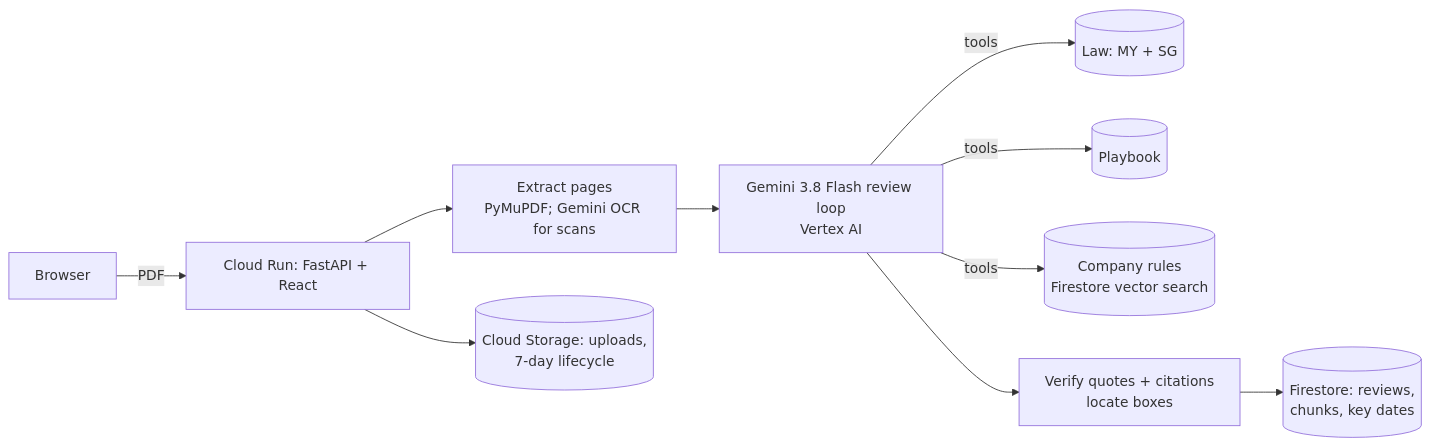
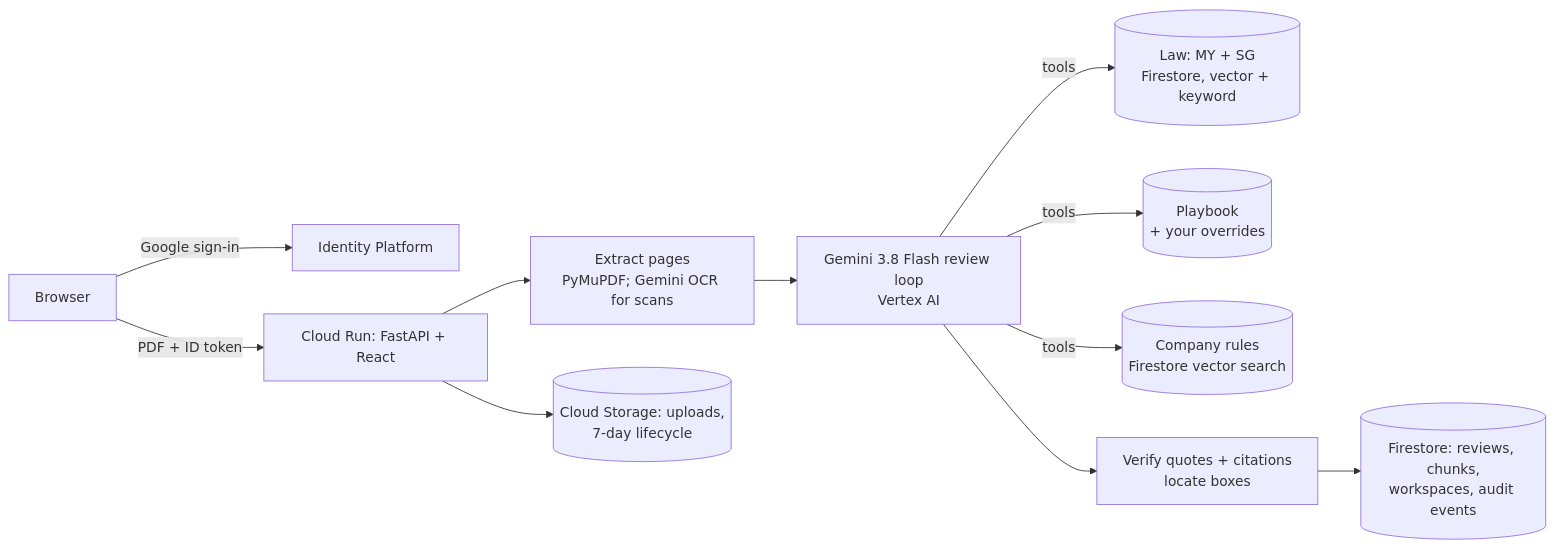
Before and after one commit to nt-codee/contract-copilot: the second of 2 diagrams in README.md, drawn with Mermaid. The commit also changed other lines of this file and 43 other files, not shown here.

Commit message:
Demo video, README and knowledge counts, Identity Platform sign-in, workspaces, knowledge store

````diff
--- a/README.md
+++ b/README.md
@@ -126,12 +148,13 @@
 ```mermaid
 flowchart LR
-  U[Browser] -->|PDF| R[Cloud Run: FastAPI + React]
+  U[Browser] -->|Google sign-in| I[Identity Platform]
+  U -->|PDF + ID token| R[Cloud Run: FastAPI + React]
   R --> X[Extract pages<br/>PyMuPDF; Gemini OCR for scans]
   X --> A[Gemini 3.8 Flash review loop<br/>Vertex AI]
-  A -->|tools| L[(Law: MY + SG)]
-  A -->|tools| P[(Playbook)]
+  A -->|tools| L[(Law: MY + SG<br/>Firestore, vector + keyword)]
+  A -->|tools| P[(Playbook<br/>+ your overrides)]
   A -->|tools| C[(Company rules<br/>Firestore vector search)]
   A --> V[Verify quotes + citations<br/>locate boxes]
-  V --> F[(Firestore: reviews,<br/>chunks, key dates)]
+  V --> F[(Firestore: reviews, chunks,<br/>workspaces, audit events)]
   R --> S[(Cloud Storage: uploads,<br/>7-day lifecycle)]
 ```
````
